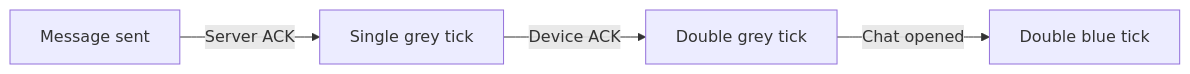
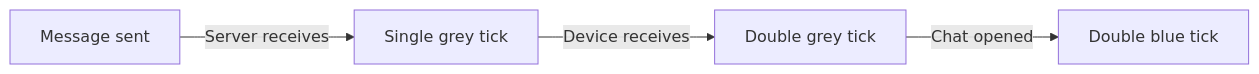
One commit to Nityaa2396/system-design-bootcamp changed the second of 3 diagrams in docs/case-studies/whatsapp.md. Above: the diagram before and after it, drawn with Mermaid. The commit also changed other lines of this file, not shown here.

````diff
--- a/docs/case-studies/whatsapp.md
+++ b/docs/case-studies/whatsapp.md
@@ -258,6 +199,6 @@
 ```mermaid
 flowchart LR
-    A[Message sent] -->|Server ACK| B[Single grey tick]
-    B -->|Device ACK| C[Double grey tick]
+    A[Message sent] -->|Server receives| B[Single grey tick]
+    B -->|Device receives| C[Double grey tick]
     C -->|Chat opened| D[Double blue tick]
 ```
````
